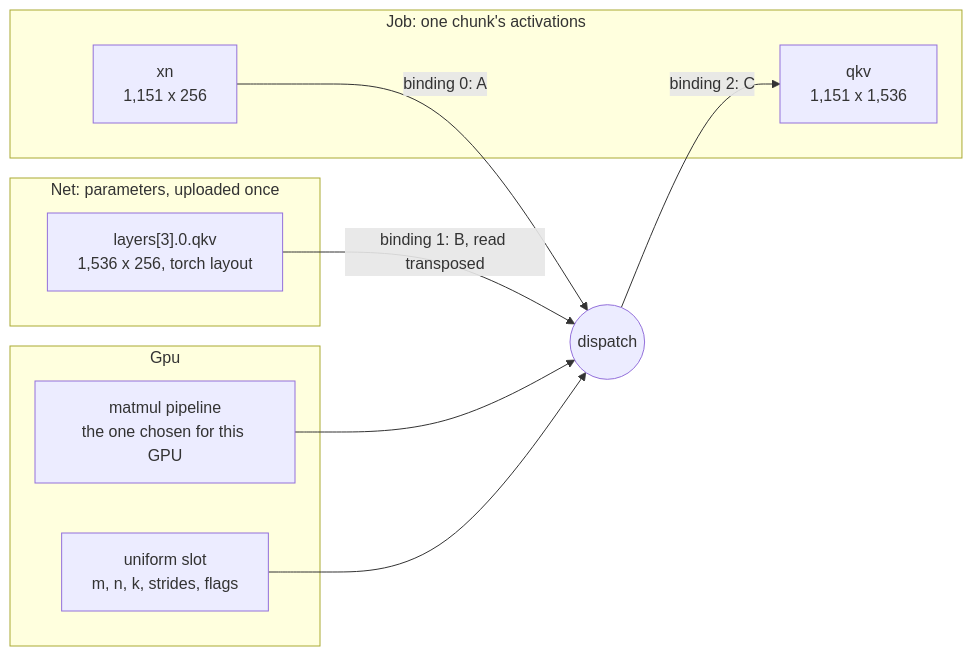
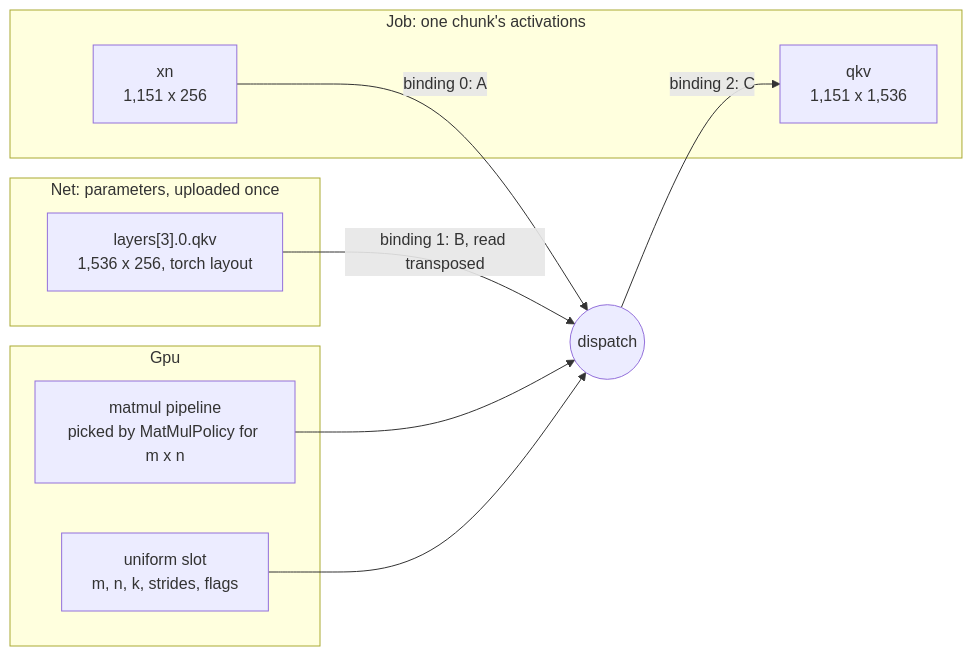
The fourth of 4 diagrams in docs/ARCHITECTURE.md (lloydmeta/stemyla), drawn with Mermaid before and after one commit. The commit also changed other lines of this file, not shown here.

````diff
--- a/docs/ARCHITECTURE.md
+++ b/docs/ARCHITECTURE.md
@@ -116,19 +116,19 @@
 ```mermaid
 flowchart LR
   subgraph net["Net: parameters, uploaded once"]
     W["layers[3].0.qkv<br/>1,536 x 256, torch layout"]
   end
   subgraph job["Job: one chunk's activations"]
     XN["xn<br/>1,151 x 256"]
     QKV["qkv<br/>1,151 x 1,536"]
   end
   subgraph gpu["Gpu"]
-    P["matmul pipeline<br/>the one chosen for this GPU"]
+    P["matmul pipeline<br/>picked by MatMulPolicy for m x n"]
     U["uniform slot<br/>m, n, k, strides, flags"]
   end
   XN -->|"binding 0: A"| D(("dispatch"))
   W -->|"binding 1: B, read transposed"| D
   P --> D
   U --> D
   D -->|"binding 2: C"| QKV
 ```
````
